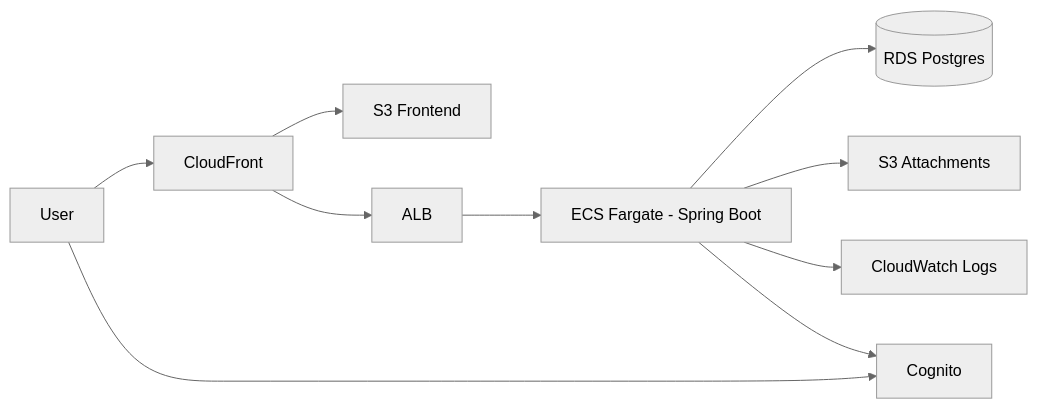
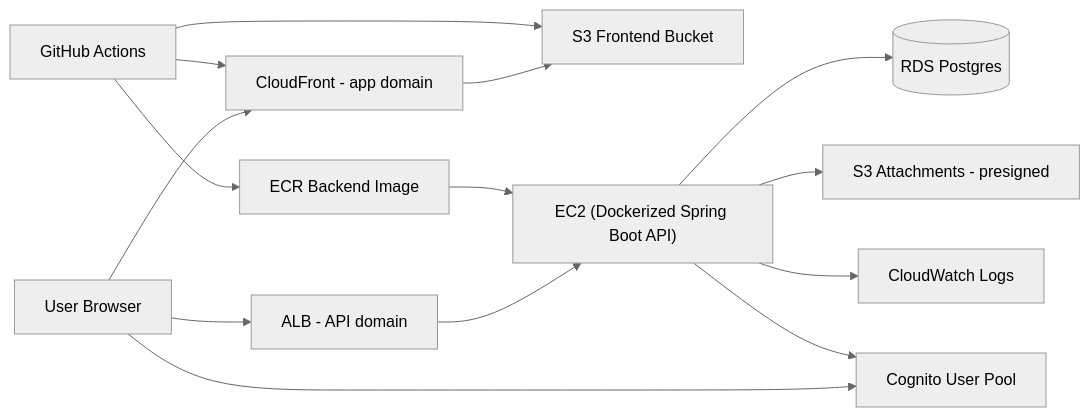
Before and after one commit to codingend33/jira-lite: the first of 2 diagrams in docs/design/architecture.md, drawn with Mermaid (neutral theme). The commit also changed other lines of this file and 51 other files, not shown here.

````diff
--- a/docs/design/architecture.md
+++ b/docs/design/architecture.md
@@ -5,14 +6,20 @@
 ```mermaid
 flowchart LR
-  U[User] --> CF[CloudFront]
-  CF --> S3FE[S3 Frontend]
-  CF --> ALB[ALB]
-  ALB --> ECS[ECS Fargate - Spring Boot]
-  ECS --> RDS[(RDS Postgres)]
-  ECS --> S3AT[S3 Attachments]
-  ECS --> CW[CloudWatch Logs]
-  U --> COG[Cognito]
-  ECS --> COG
+  U[User Browser] --> CF[CloudFront - app domain]
+  CF --> S3FE[S3 Frontend Bucket]
 
+  U --> ALB[ALB - API domain]
+  ALB --> EC2["EC2 (Dockerized Spring Boot API)"]
+  EC2 --> RDS[(RDS Postgres)]
+  EC2 --> S3AT[S3 Attachments - presigned]
+  EC2 --> CW[CloudWatch Logs]
+
+  U --> COG[Cognito User Pool]
+  EC2 --> COG
+
+  GA[GitHub Actions] --> ECR[ECR Backend Image]
+  ECR --> EC2
+  GA --> S3FE
+  GA --> CF
 
 ```
````
